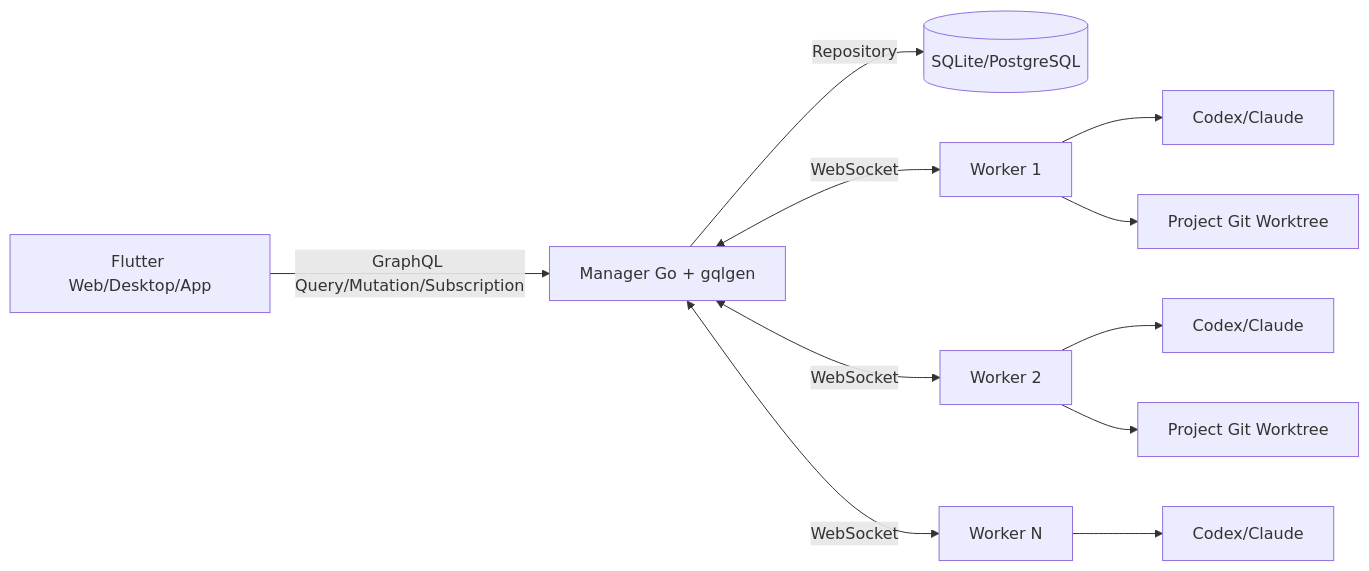
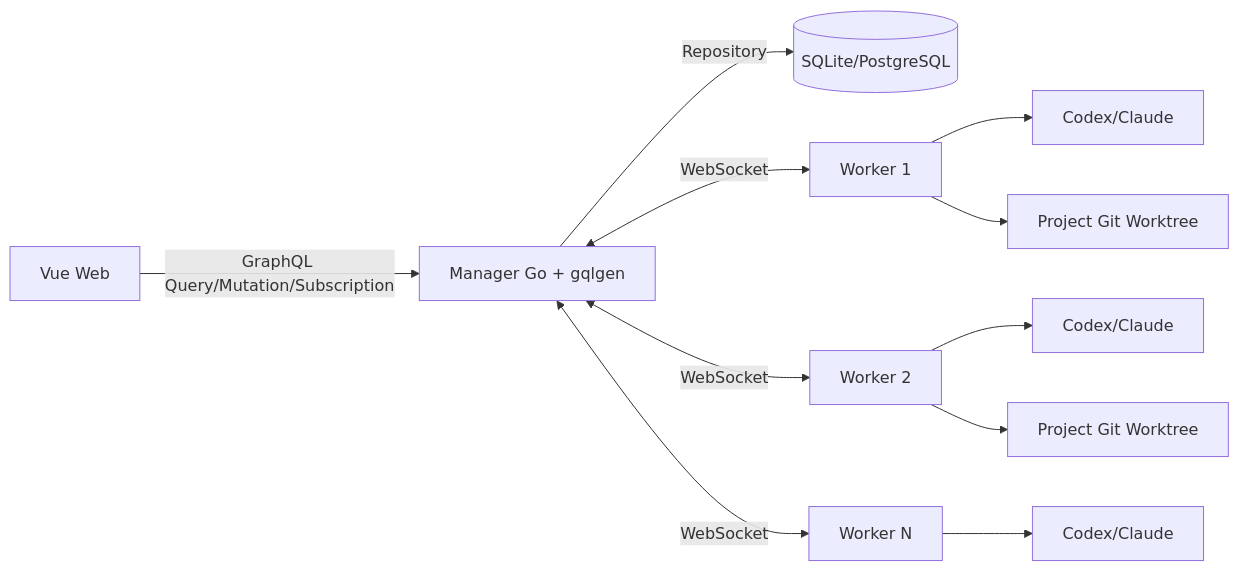
Before and after one commit to tangxusc/block-play-table: the fourth of 7 diagrams in docs/system-design.md, drawn with Mermaid. The commit also changed other lines of this file and 61 other files, not shown here.

````diff
--- a/docs/system-design.md
+++ b/docs/system-design.md
@@ -816,13 +816,13 @@
 ```mermaid
 flowchart LR
-    UI[Flutter Web/Desktop/App] -->|GraphQL Query/Mutation/Subscription| M[Manager Go + gqlgen]
+    UI[Vue Web] -->|GraphQL Query/Mutation/Subscription| M[Manager Go + gqlgen]
     M -->|Repository| DB[(SQLite/PostgreSQL)]
     M <-->|WebSocket| W1[Worker 1]
     M <-->|WebSocket| W2[Worker 2]
     M <-->|WebSocket| WN[Worker N]
     W1 --> A1[Codex/Claude]
     W2 --> A2[Codex/Claude]
     WN --> AN[Codex/Claude]
     W1 --> FS1[Project Git Worktree]
     W2 --> FS2[Project Git Worktree]
 ```
````
